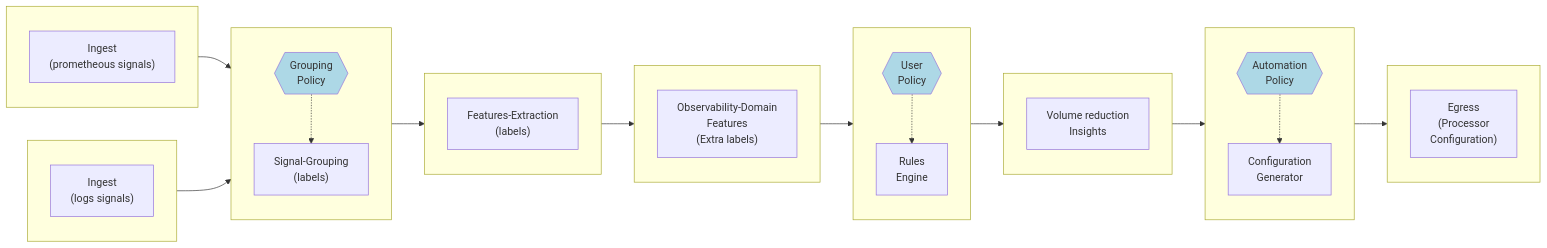
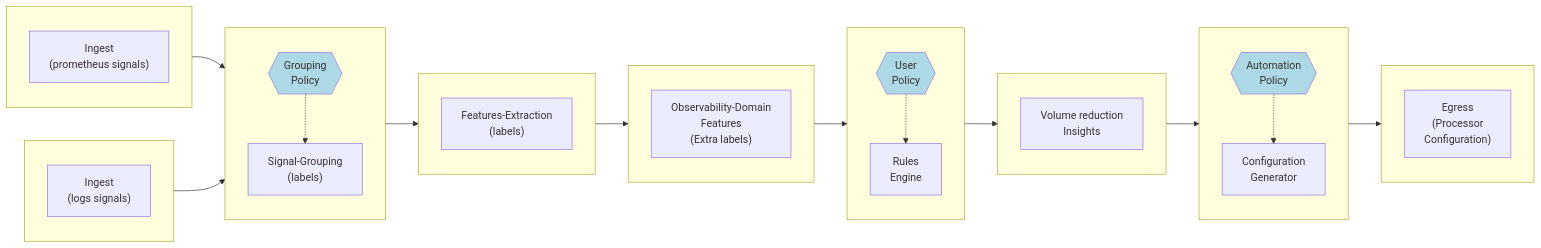
Before and after one commit to observ-vol-mgt/observ-vol-mgt: the second of 2 diagrams in controller/docs/architecture.md, drawn with Mermaid. The commit also changed other lines of this file, not shown here.

Commit message:
simple pipeline mermaid

````diff
--- a/controller/docs/architecture.md
+++ b/controller/docs/architecture.md
@@ -58,52 +60,52 @@
 ```mermaid
 flowchart LR
     direction TB
     subgraph MetricsIngress[" "]
         direction TB
-        MetricsIngress-Node["Ingest\n(prometheous signals)"]
+        MetricsIngress-Node["Ingest\n(prometheus signals)"]
     end
     subgraph LogsIngress[" "]
         direction TB
         LogsIngress-Node["Ingest\n(logs signals)"]
     end    
     subgraph Grouping[" "]
         direction TB
         Grouping-Policy{{"Grouping\nPolicy"}}
         Grouping-Policy:::policyclass
         Grouping-Node["Signal-Grouping\n(labels)"]
         Grouping-Policy-.->Grouping-Node        
     end     subgraph Features[" "]
         direction TB
         Features-Node["Features-Extraction\n(labels)"]
     end   
   
     subgraph ObserFeatures[" "]
         direction TB
         ObserFeatures-Node["Observability-Domain\nFeatures\n(Extra labels)"]
     end      
     subgraph User[" "]
         direction TB
         User-Policy{{"User\nPolicy"}}
         User-Policy:::policyclass
         User-Node["Rules\nEngine"]
         User-Policy-.->User-Node
     end
     subgraph Insights[" "]
         direction TB
         Insights-Node["Volume reduction\nInsights"]
     end   
     subgraph Automation[" "]
         direction TB
         Automation-Policy{{"Automation\nPolicy"}}
         Automation-Policy:::policyclass
         Automation-Node["Configuration\nGenerator"]
         Automation-Policy-.->Automation-Node
     end
     subgraph Egress[" "]
         direction TB
         Egress-Node["Egress\n(Processor\nConfiguration)"]
     end     
 classDef policyclass fill:lightblue    
 MetricsIngress --> Grouping --> Features --> ObserFeatures --> User --> Insights --> Automation --> Egress
 LogsIngress --> Grouping
 ```
````
